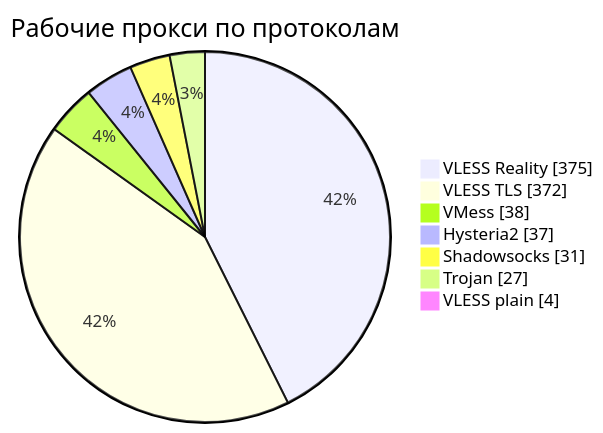
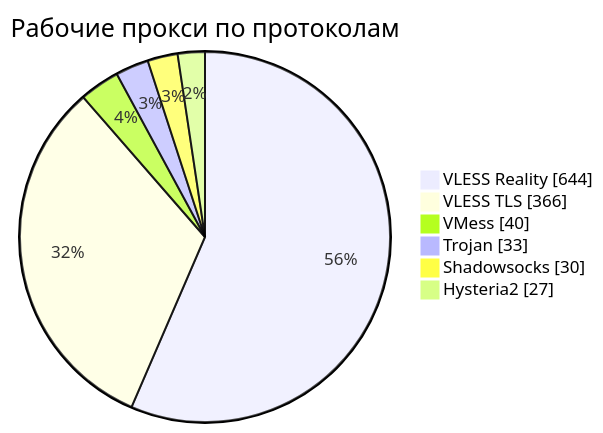
One commit to rvvg/proxy-subs changed the third of 4 diagrams in README.md. Above: the diagram before and after it, drawn with Mermaid. The commit also changed other lines of this file and 60 other files, not shown here.

````diff
--- a/README.md
+++ b/README.md
@@ -135,11 +151,10 @@
 ```mermaid
 pie showData
     title Рабочие прокси по протоколам
-    "VLESS Reality" : 375
-    "VLESS TLS" : 372
-    "VMess" : 38
-    "Hysteria2" : 37
-    "Shadowsocks" : 31
-    "Trojan" : 27
-    "VLESS plain" : 4
+    "VLESS Reality" : 644
+    "VLESS TLS" : 366
+    "VMess" : 40
+    "Trojan" : 33
+    "Shadowsocks" : 30
+    "Hysteria2" : 27
 ```
````
